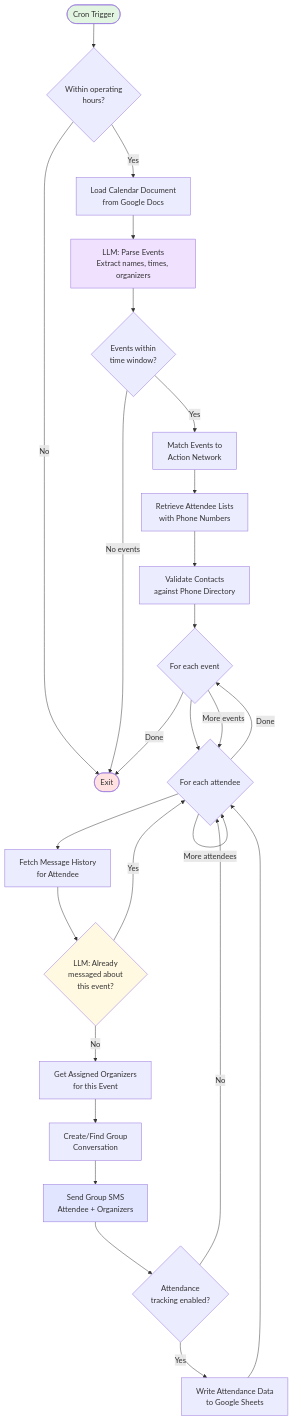
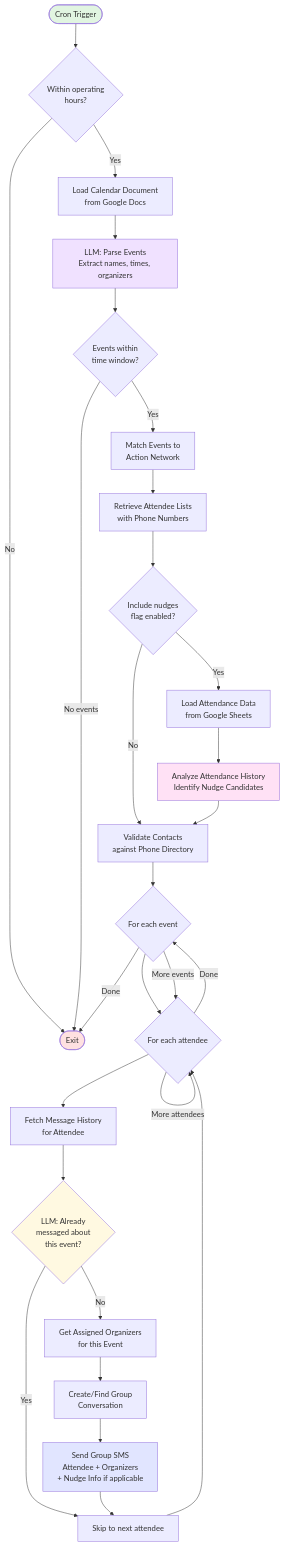
The diagram in README.md (beauchbum/runbot), drawn with Mermaid before and after one commit. The commit also changed other lines of this file, not shown here.

````diff
--- a/README.md
+++ b/README.md
@@ -18,48 +19,53 @@
 ```mermaid
 flowchart TD
     Start([Cron Trigger]) --> TimeCheck{Within operating<br/>hours?}
     TimeCheck -->|No| End([Exit])
     TimeCheck -->|Yes| LoadCalendar[Load Calendar Document<br/>from Google Docs]
 
     LoadCalendar --> ParseEvents[LLM: Parse Events<br/>Extract names, times, organizers]
 
     ParseEvents --> FilterEvents{Events within<br/>time window?}
     FilterEvents -->|No events| End
     FilterEvents -->|Yes| MatchAction[Match Events to<br/>Action Network]
 
     MatchAction --> GetAttendees[Retrieve Attendee Lists<br/>with Phone Numbers]
 
-    GetAttendees --> ValidateContacts[Validate Contacts<br/>against Phone Directory]
+    GetAttendees --> CheckNudges{Include nudges<br/>flag enabled?}
+    CheckNudges -->|Yes| LoadAttendance[Load Attendance Data<br/>from Google Sheets]
+    CheckNudges -->|No| ValidateContacts
+
+    LoadAttendance --> AnalyzeNudges[Analyze Attendance History<br/>Identify Nudge Candidates]
+
+    AnalyzeNudges --> ValidateContacts[Validate Contacts<br/>against Phone Directory]
 
     ValidateContacts --> LoopEvents{For each event}
 
     LoopEvents --> LoopAttendees{For each attendee}
 
     LoopAttendees --> FetchHistory[Fetch Message History<br/>for Attendee]
 
     FetchHistory --> CheckDupe{LLM: Already<br/>messaged about<br/>this event?}
 
-    CheckDupe -->|Yes| LoopAttendees
+    CheckDupe -->|Yes| NextAttendee[Skip to next attendee]
     CheckDupe -->|No| GetOrganizers[Get Assigned Organizers<br/>for this Event]
 
     GetOrganizers --> CreateGroup[Create/Find Group<br/>Conversation]
 
-    CreateGroup --> SendMessage[Send Group SMS<br/>Attendee + Organizers]
+    CreateGroup --> SendMessage[Send Group SMS<br/>Attendee + Organizers<br/>+ Nudge Info if applicable]
 
-    SendMessage --> UpdateAttendance{Attendance<br/>tracking enabled?}
-    UpdateAttendance -->|Yes| WriteSheet[Write Attendance Data<br/>to Google Sheets]
-    UpdateAttendance -->|No| LoopAttendees
-    WriteSheet --> LoopAttendees
+    SendMessage --> NextAttendee
+    NextAttendee --> LoopAttendees
 
     LoopAttendees -->|More attendees| LoopAttendees
     LoopAttendees -->|Done| LoopEvents
 
     LoopEvents -->|More events| LoopAttendees
     LoopEvents -->|Done| End
 
     style Start fill:#e1f5e1
     style End fill:#ffe1e1
     style SendMessage fill:#e1e5ff
     style CheckDupe fill:#fff9e1
     style ParseEvents fill:#f0e1ff
+    style AnalyzeNudges fill:#ffe1f5
 ```
````
